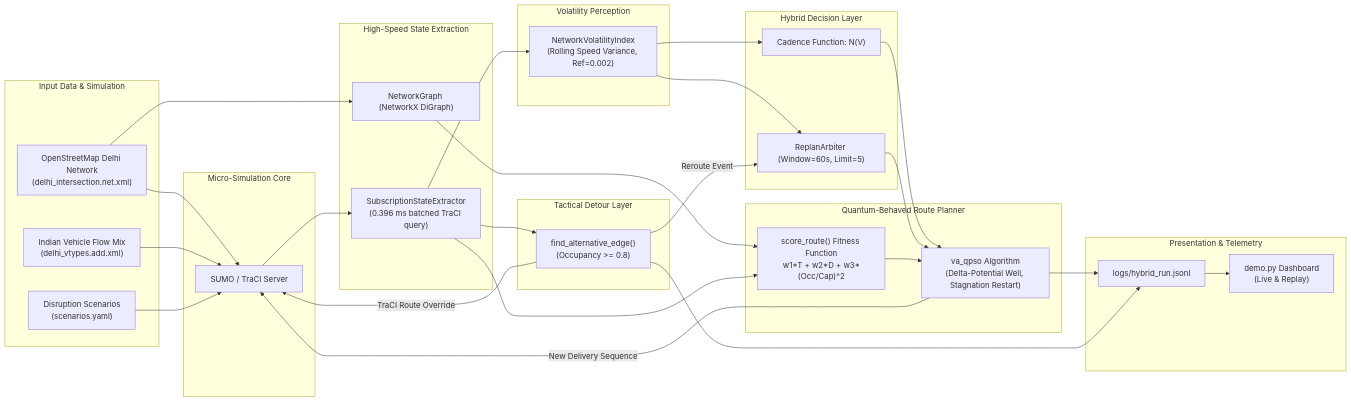
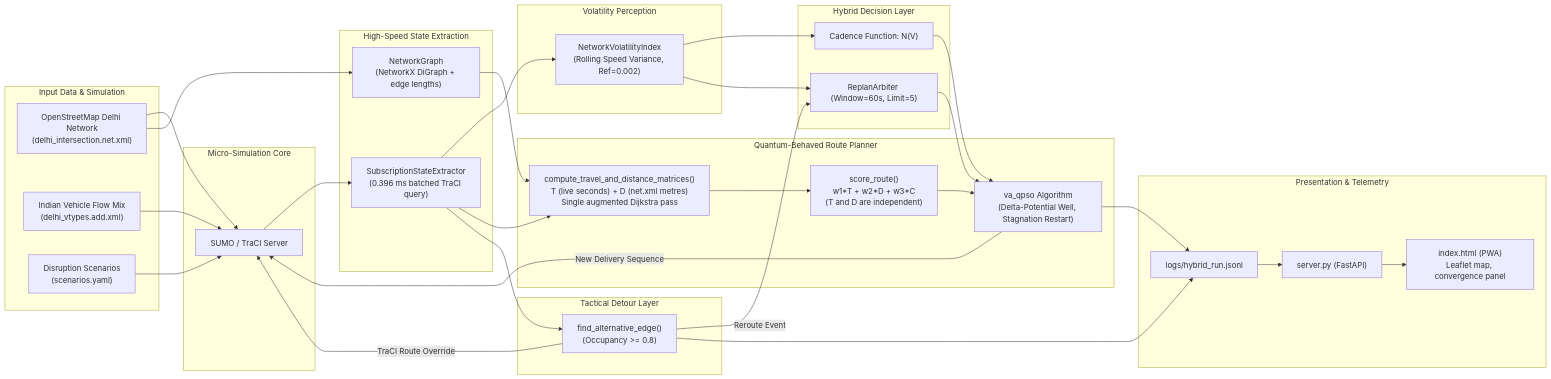
Before and after one commit to yuvrajsharmaaa/RLTrafficManagment: the second of 2 diagrams in README.md, drawn with Mermaid. The commit also changed other lines of this file and 5 other files, not shown here.

Commit message:
feat: add QPSO planner, FastAPI backend, frontend exporter, and test suites

````diff
--- a/README.md
+++ b/README.md
@@ -180,60 +195,64 @@
 ```mermaid
 graph LR
     subgraph Input_Layer ["Input Data & Simulation"]
         OSM["OpenStreetMap Delhi Network\n(delhi_intersection.net.xml)"]
         Demand["Indian Vehicle Flow Mix\n(delhi_vtypes.add.xml)"]
         Scenarios["Disruption Scenarios\n(scenarios.yaml)"]
     end
 
     subgraph Simulation_Core ["Micro-Simulation Core"]
         SUMO_BIN["SUMO / TraCI Server"]
         OSM --> SUMO_BIN
         Demand --> SUMO_BIN
         Scenarios --> SUMO_BIN
     end
 
     subgraph Sensing_Pipeline ["High-Speed State Extraction"]
         StateExt["SubscriptionStateExtractor\n(0.396 ms batched TraCI query)"]
         SUMO_BIN --> StateExt
-        NetGraph["NetworkGraph (NetworkX DiGraph)"]
+        NetGraph["NetworkGraph\n(NetworkX DiGraph + edge lengths)"]
         OSM --> NetGraph
     end
 
     subgraph Volatility_Engine ["Volatility Perception"]
         VolIdx["NetworkVolatilityIndex\n(Rolling Speed Variance, Ref=0.002)"]
         StateExt --> VolIdx
     end
 
     subgraph Coordination_Layer ["Hybrid Decision Layer"]
         CadenceCalc["Cadence Function: N(V)"]
         ArbiterMod["ReplanArbiter (Window=60s, Limit=5)"]
         VolIdx --> CadenceCalc
         VolIdx --> ArbiterMod
     end
 
     subgraph Optimization_Core ["Quantum-Behaved Route Planner"]
-        FitnessMod["score_route() Fitness Function\nw1*T + w2*D + w3*(Occ/Cap)^2"]
+        MatrixBuild["compute_travel_and_distance_matrices()\nT (live seconds) + D (net.xml metres)\nSingle augmented Dijkstra pass"]
+        FitnessMod["score_route()\nw1*T + w2*D + w3*C\n(T and D are independent)"]
         QPSO_Core["va_qpso Algorithm\n(Delta-Potential Well, Stagnation Restart)"]
         CadenceCalc --> QPSO_Core
         ArbiterMod --> QPSO_Core
-        NetGraph --> FitnessMod
-        StateExt --> FitnessMod
+        NetGraph --> MatrixBuild
+        StateExt --> MatrixBuild
+        MatrixBuild --> FitnessMod
         FitnessMod --> QPSO_Core
     end
 
     subgraph Execution_Tactics ["Tactical Detour Layer"]
         ReactiveRule["find_alternative_edge()\n(Occupancy >= 0.8)"]
         StateExt --> ReactiveRule
         ReactiveRule -->|Reroute Event| ArbiterMod
         ReactiveRule -->|TraCI Route Override| SUMO_BIN
         QPSO_Core -->|New Delivery Sequence| SUMO_BIN
     end
 
     subgraph Presentation_Layer ["Presentation & Telemetry"]
         JSONL["logs/hybrid_run.jsonl"]
-        StreamlitApp["demo.py Dashboard\n(Live & Replay)"]
+        FastAPI["server.py (FastAPI)"]
+        PWA["index.html (PWA)\nLeaflet map, convergence panel"]
         QPSO_Core --> JSONL
         ReactiveRule --> JSONL
-        JSONL --> StreamlitApp
+        JSONL --> FastAPI
+        FastAPI --> PWA
     end
 ```
````
